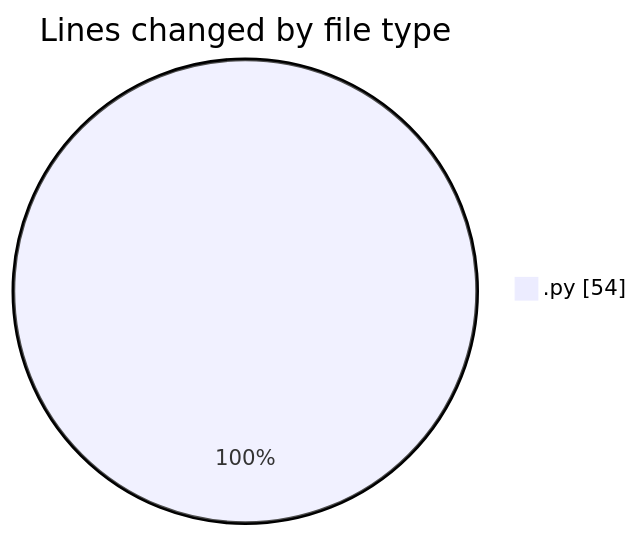
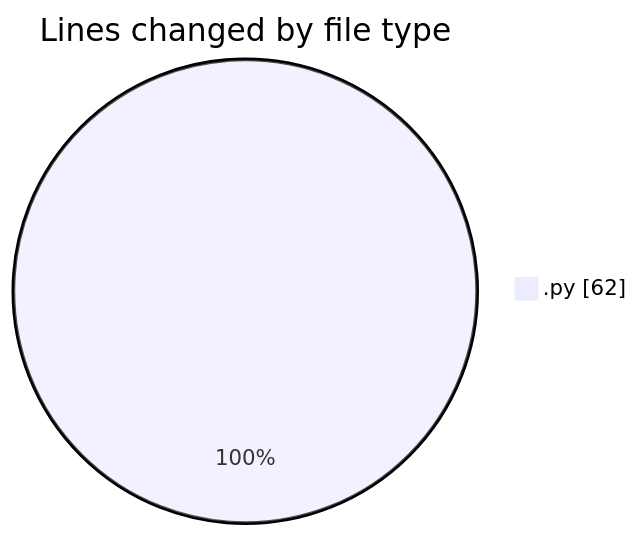
One commit to hasnaa123/code-tracking changed the first of 2 diagrams in 2026-02-23/student_performance_system/README.md. Above: the diagram before and after it, drawn with Mermaid. The commit also changed other lines of this file and 1 other file, not shown here.

````diff
--- a/2026-02-23/student_performance_system/README.md
+++ b/2026-02-23/student_performance_system/README.md
@@ -20,5 +20,5 @@
 ```mermaid
 pie showData
 title Lines changed by file type
-".py" : 54
+".py" : 62
 ```
````
